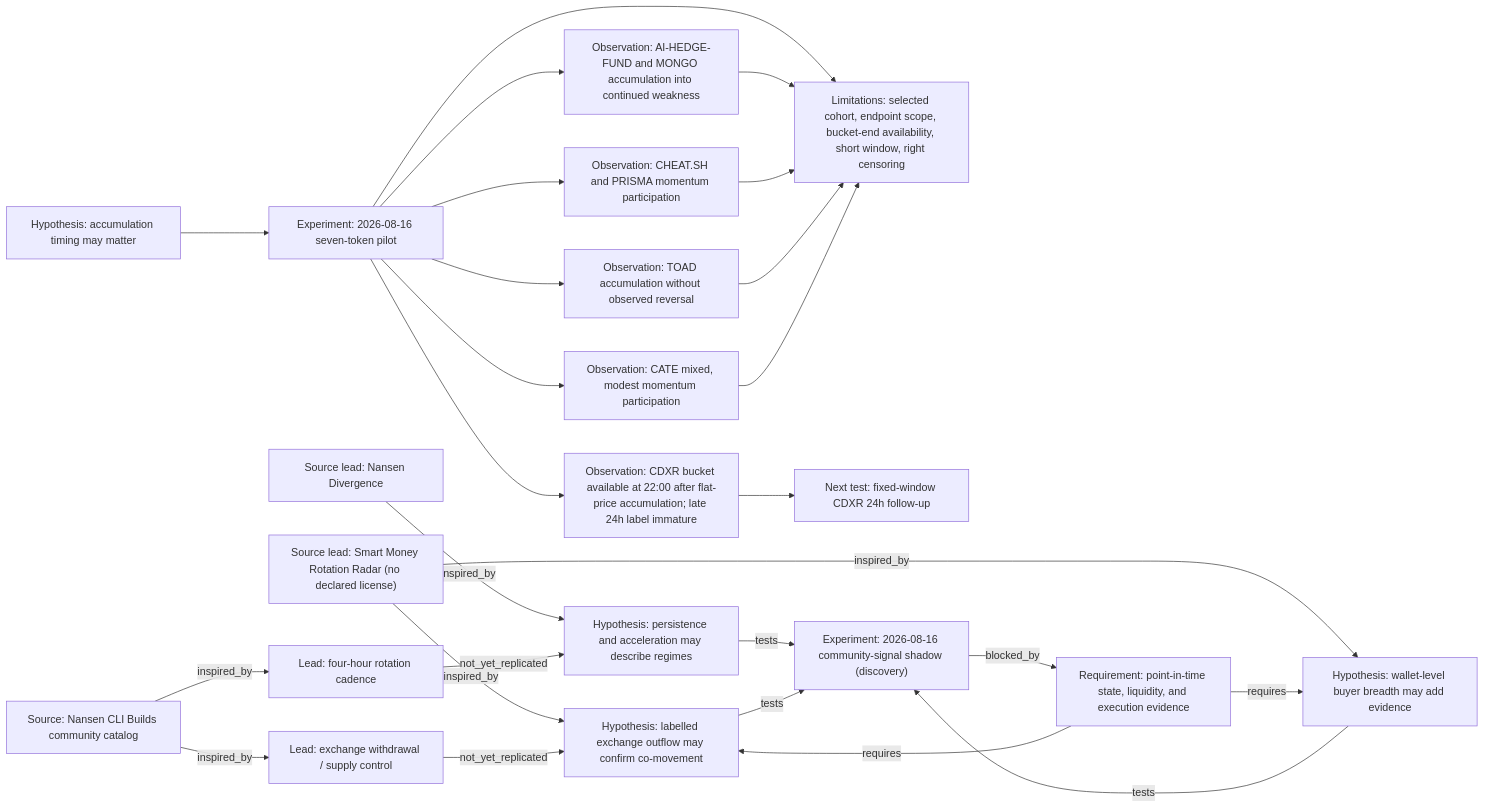
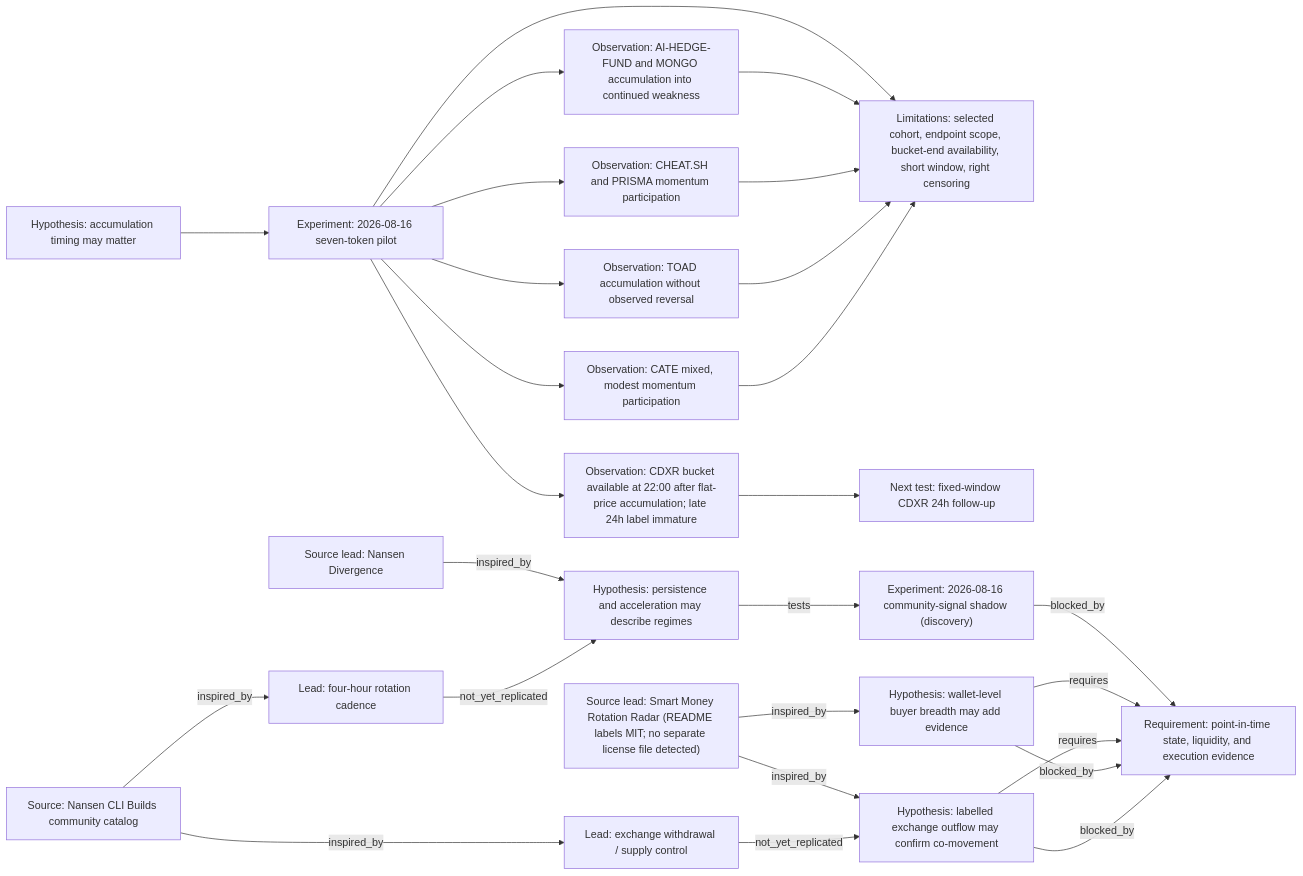
Before and after one commit to u-dont-existDOTcom/nansen: the diagram in docs/RESEARCH-GRAPH.md, drawn with Mermaid. The commit also changed other lines of this file and 2 other files, not shown here.

Commit message:
Clarify community signal evidence links

````diff
--- a/docs/RESEARCH-GRAPH.md
+++ b/docs/RESEARCH-GRAPH.md
@@ -5,50 +5,50 @@
 ```mermaid
 flowchart LR
     hyp_smart_money_timing["Hypothesis: accumulation timing may matter"]
     exp_20260816_seven_token_pilot["Experiment: 2026-08-16 seven-token pilot"]
     obs_cdxr_flat_accumulation["Observation: CDXR bucket available at 22:00 after flat-price accumulation; late 24h label immature"]
     obs_weakness_continues["Observation: AI-HEDGE-FUND and MONGO accumulation into continued weakness"]
     obs_momentum_participation["Observation: CHEAT.SH and PRISMA momentum participation"]
     obs_toad_no_reversal["Observation: TOAD accumulation without observed reversal"]
     obs_cate_mixed["Observation: CATE mixed, modest momentum participation"]
     lim_selected_endpoint_window["Limitations: selected cohort, endpoint scope, bucket-end availability, short window, right censoring"]
     next_cdxr_fixed_window["Next test: fixed-window CDXR 24h follow-up"]
 
     hyp_smart_money_timing --> exp_20260816_seven_token_pilot
     exp_20260816_seven_token_pilot --> obs_cdxr_flat_accumulation
     exp_20260816_seven_token_pilot --> obs_weakness_continues
     exp_20260816_seven_token_pilot --> obs_momentum_participation
     exp_20260816_seven_token_pilot --> obs_toad_no_reversal
     exp_20260816_seven_token_pilot --> obs_cate_mixed
     exp_20260816_seven_token_pilot --> lim_selected_endpoint_window
     obs_cdxr_flat_accumulation --> next_cdxr_fixed_window
     obs_weakness_continues --> lim_selected_endpoint_window
     obs_momentum_participation --> lim_selected_endpoint_window
     obs_toad_no_reversal --> lim_selected_endpoint_window
     obs_cate_mixed --> lim_selected_endpoint_window
 
     src_nansen_cli_builds["Source: Nansen CLI Builds community catalog"]
     src_nansen_divergence["Source lead: Nansen Divergence"]
-    src_smrr["Source lead: Smart Money Rotation Radar (no declared license)"]
+    src_smrr["Source lead: Smart Money Rotation Radar (README labels MIT; no separate license file detected)"]
     lead_supply_control["Lead: exchange withdrawal / supply control"]
     lead_four_hour_rotation["Lead: four-hour rotation cadence"]
     hyp_persistence_acceleration["Hypothesis: persistence and acceleration may describe regimes"]
     hyp_buyer_breadth["Hypothesis: wallet-level buyer breadth may add evidence"]
     hyp_exchange_outflow_confirmation["Hypothesis: labelled exchange outflow may confirm co-movement"]
     req_point_in_time_state["Requirement: point-in-time state, liquidity, and execution evidence"]
     exp_20260816_community_signal_shadow["Experiment: 2026-08-16 community-signal shadow (discovery)"]
 
     src_nansen_cli_builds -->|inspired_by| lead_supply_control
     src_nansen_cli_builds -->|inspired_by| lead_four_hour_rotation
     src_nansen_divergence -->|inspired_by| hyp_persistence_acceleration
     src_smrr -->|inspired_by| hyp_buyer_breadth
     src_smrr -->|inspired_by| hyp_exchange_outflow_confirmation
     lead_supply_control -->|not_yet_replicated| hyp_exchange_outflow_confirmation
     lead_four_hour_rotation -->|not_yet_replicated| hyp_persistence_acceleration
     hyp_persistence_acceleration -->|tests| exp_20260816_community_signal_shadow
-    hyp_buyer_breadth -->|tests| exp_20260816_community_signal_shadow
-    hyp_exchange_outflow_confirmation -->|tests| exp_20260816_community_signal_shadow
     exp_20260816_community_signal_shadow -->|blocked_by| req_point_in_time_state
-    req_point_in_time_state -->|requires| hyp_buyer_breadth
-    req_point_in_time_state -->|requires| hyp_exchange_outflow_confirmation
+    hyp_buyer_breadth -->|requires| req_point_in_time_state
+    hyp_exchange_outflow_confirmation -->|requires| req_point_in_time_state
+    hyp_buyer_breadth -->|blocked_by| req_point_in_time_state
+    hyp_exchange_outflow_confirmation -->|blocked_by| req_point_in_time_state
 ```
````
